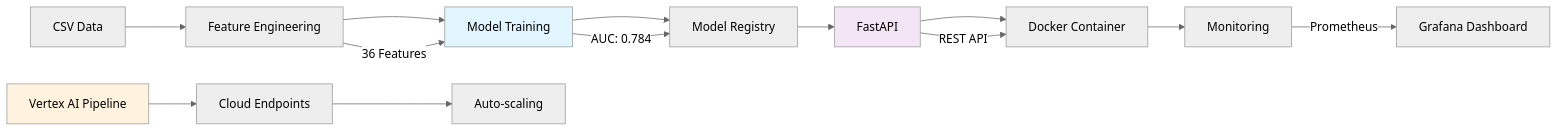
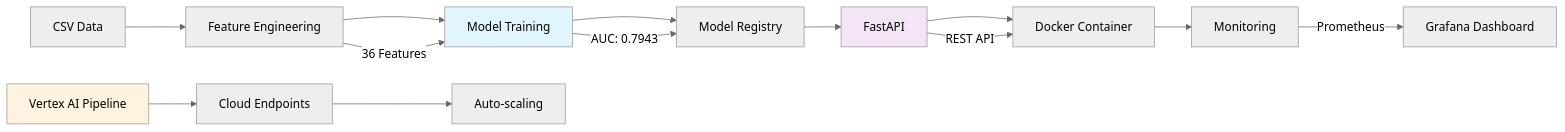
Before and after one commit to BrayanCuevas/predictive-maintenance-mlop_waltmart: the first of 2 diagrams in README.md, drawn with Mermaid (neutral theme). The commit also changed other lines of this file and 5 other files, not shown here.

````diff
--- a/README.md
+++ b/README.md
@@ -49,21 +49,21 @@
 ```mermaid
 graph LR
     A[CSV Data] --> B[Feature Engineering]
     B --> C[Model Training]
     C --> D[Model Registry]
     D --> E[FastAPI]
     E --> F[Docker Container]
     F --> G[Monitoring]
     
     H[Vertex AI Pipeline] --> I[Cloud Endpoints]
     I --> J[Auto-scaling]
     
     B --> |36 Features| C
-    C --> |AUC: 0.784| D
+    C --> |AUC: 0.7943| D
     E --> |REST API| F
     G --> |Prometheus| K[Grafana Dashboard]
     
     style C fill:#e1f5fe
     style E fill:#f3e5f5
     style H fill:#fff3e0
 ```
````
